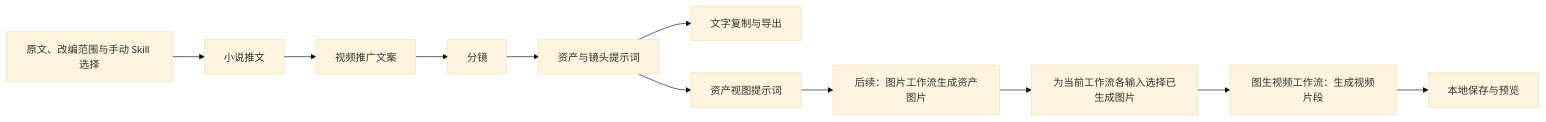
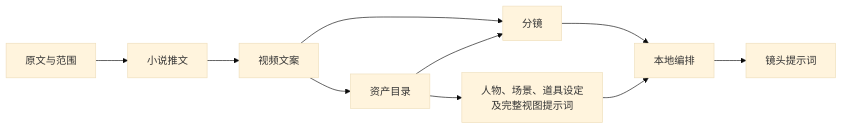
The second of 3 diagrams in docs/short_video/architecture.md (thisHobart/NovelWriter), drawn with Mermaid (base theme) before and after one commit. The commit also changed other lines of this file and 3 other files, not shown here.

Commit message:
docs(short-video): simplify architecture and refresh maintenance guides

````diff
--- a/docs/short_video/architecture.md
+++ b/docs/short_video/architecture.md
@@ -17,13 +37,12 @@
 ```mermaid
 flowchart LR
-    A[原文、改编范围与手动 Skill 选择] --> B[小说推文]
-    B --> C[视频推广文案]
-    C --> D[分镜]
-    D --> E[资产与镜头提示词]
-    E --> F[文字复制与导出]
-    E --> G[资产视图提示词]
-    G --> H[后续：图片工作流生成资产图片]
-    H --> I[为当前工作流各输入选择已生成图片]
-    I --> J[图生视频工作流：生成视频片段]
-    J --> K[本地保存与预览]
+    SOURCE[原文与范围] --> NOVEL[小说推文]
+    NOVEL --> VIDEO[视频文案]
+    VIDEO --> CATALOG[资产目录]
+    VIDEO --> BOARD[分镜]
+    CATALOG --> BOARD
+    CATALOG --> SPEC[人物、场景、道具设定<br/>及完整视图提示词]
+    BOARD --> COMPILE[本地编排]
+    SPEC --> COMPILE
+    COMPILE --> PROMPT[镜头提示词]
 ```
````
